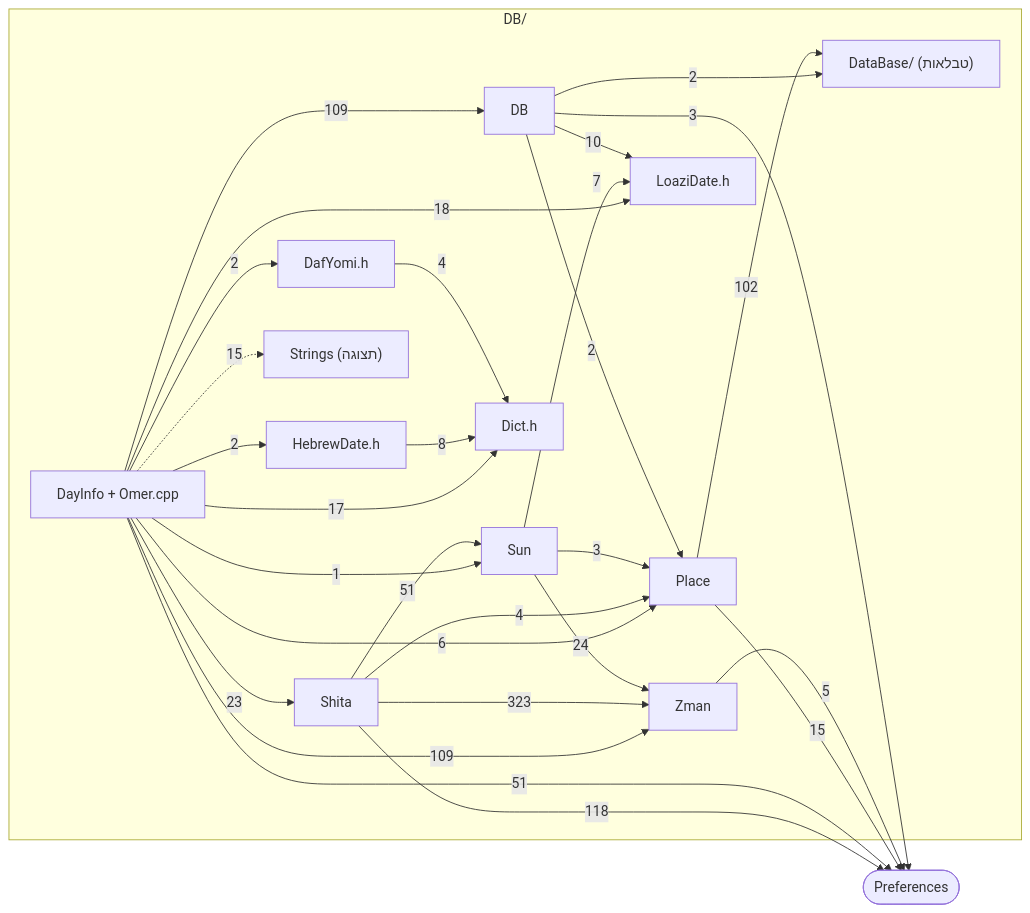
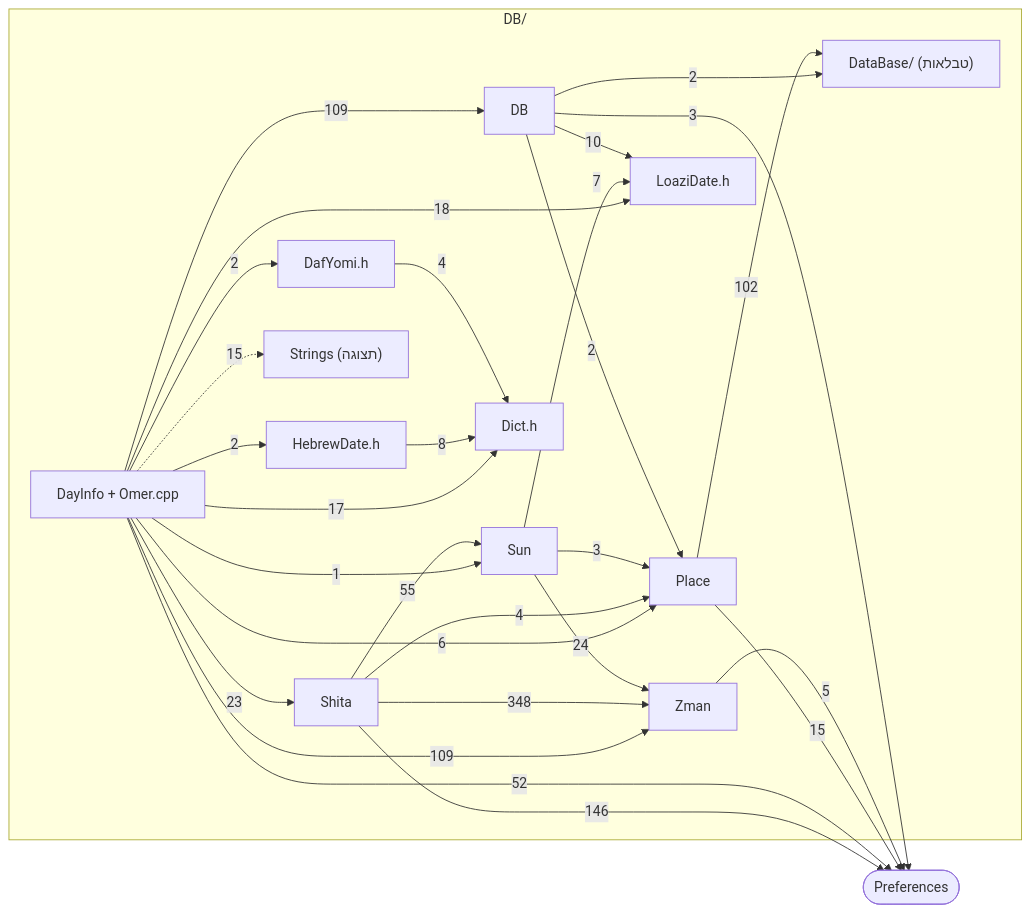
Before and after one commit to yeudap/ledhaarets-fw: the sixth of 9 diagrams in docs/architecture/dependencies.md, drawn with Mermaid. The commit also changed other lines of this file and 2 other files, not shown here.

````diff
--- a/docs/architecture/dependencies.md
+++ b/docs/architecture/dependencies.md
@@ -745,47 +831,47 @@
 ```mermaid
 flowchart LR
   subgraph DBF["DB/"]
     DAYINFO["DayInfo + Omer.cpp"]
     DBU["DB"]
     SHITA["Shita"]
     SUN["Sun"]
     ZMAN["Zman"]
     PLACE["Place"]
     LOAZI["LoaziDate.h"]
     HEB["HebrewDate.h"]
     DAF["DafYomi.h"]
     DICT["Dict.h"]
     STR["Strings (תצוגה)"]
     DATA["DataBase/ (טבלאות)"]
   end
   XPREFS(["Preferences"])
 
   DAYINFO -->|109| DBU
   DAYINFO -->|109| ZMAN
   DAYINFO -->|23| SHITA
   DAYINFO -->|18| LOAZI
   DAYINFO -->|17| DICT
   DAYINFO -.->|15| STR
   DAYINFO -->|6| PLACE
   DAYINFO -->|2| HEB
   DAYINFO -->|2| DAF
   DAYINFO -->|1| SUN
-  SHITA -->|323| ZMAN
-  SHITA -->|51| SUN
+  SHITA -->|348| ZMAN
+  SHITA -->|55| SUN
   SHITA -->|4| PLACE
   SUN -->|24| ZMAN
   SUN -->|7| LOAZI
   SUN -->|3| PLACE
   DBU -->|10| LOAZI
   DBU -->|2| PLACE
   DBU -->|2| DATA
   PLACE -->|102| DATA
   HEB -->|8| DICT
   DAF -->|4| DICT
 
-  SHITA -->|118| XPREFS
-  DAYINFO -->|51| XPREFS
+  SHITA -->|146| XPREFS
+  DAYINFO -->|52| XPREFS
   PLACE -->|15| XPREFS
   ZMAN -->|5| XPREFS
   DBU -->|3| XPREFS
 ```
````
